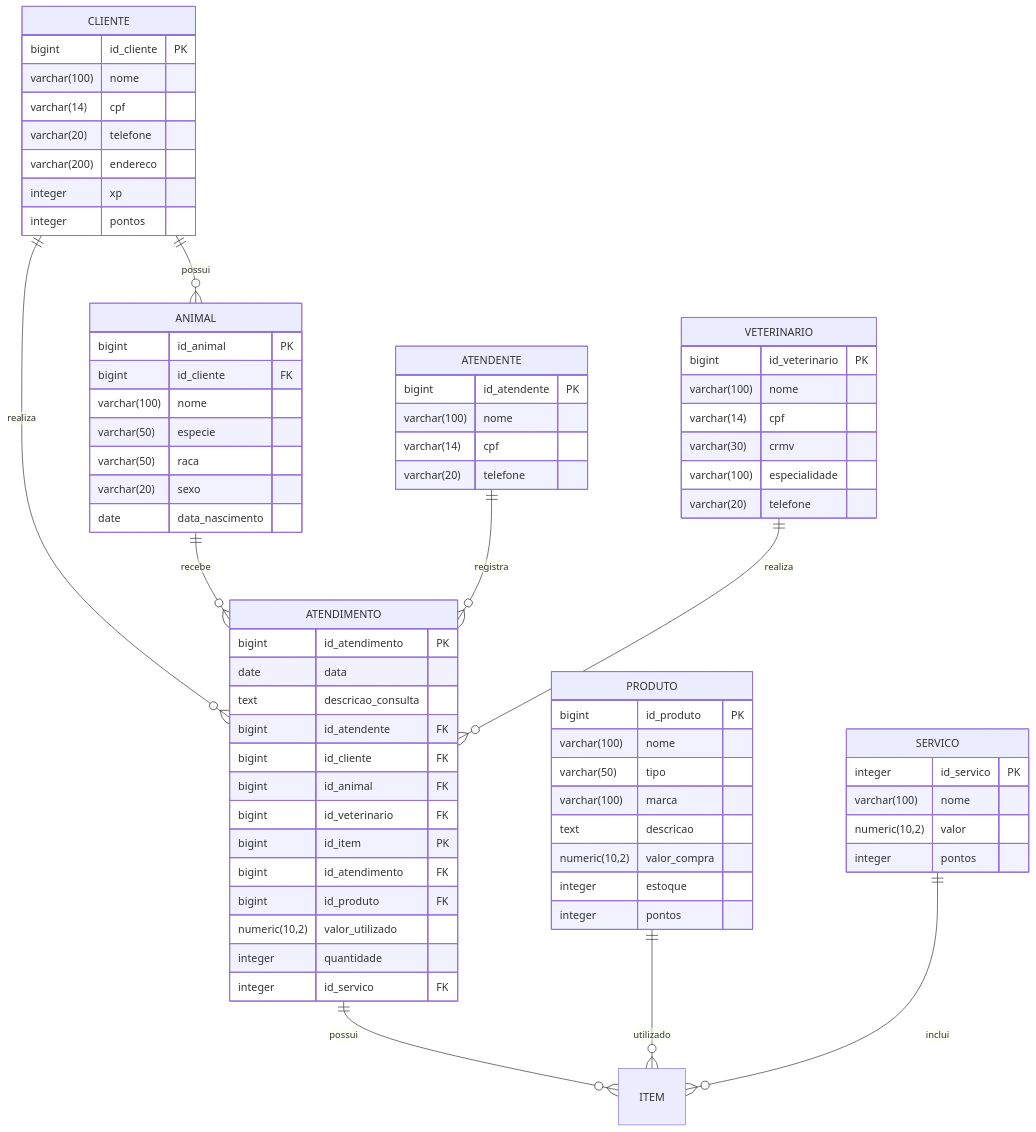
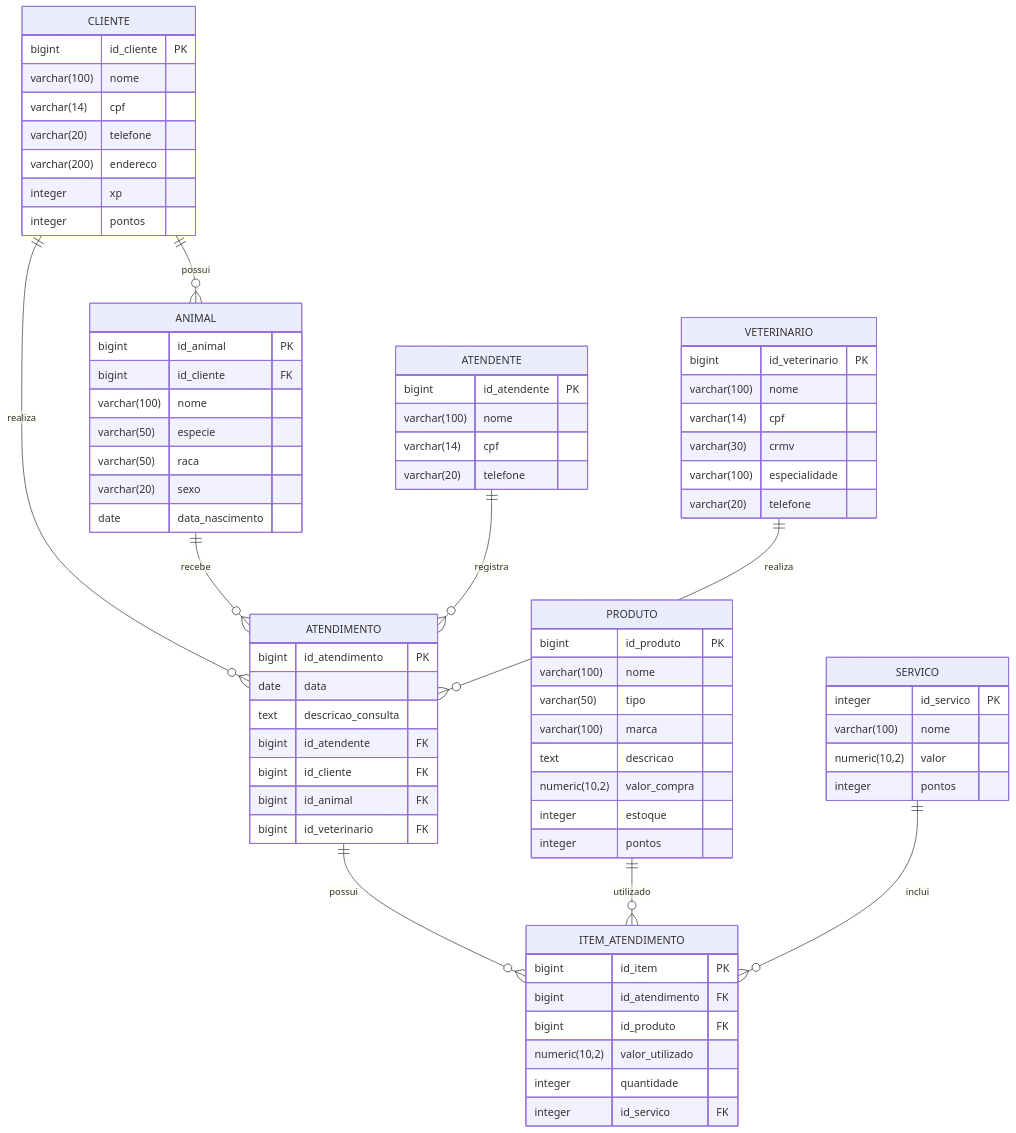
The diagram in README.md (Murilo-Siena/Clinica-Veterinaria-Grupo06), drawn with Mermaid before and after one commit.

Commit message:
Rename ITEM to ITEM_ATENDIMENTO in README

````diff
--- a/README.md
+++ b/README.md
@@ -94,7 +94,7 @@
         integer pontos
     }
 
-    ITEM ATENDIMENTO {
+    ITEM_ATENDIMENTO {
         bigint id_item PK
         bigint id_atendimento FK
         bigint id_produto FK
@@ -110,7 +110,7 @@
     ATENDENTE ||--o{ ATENDIMENTO : registra
     VETERINARIO ||--o{ ATENDIMENTO : realiza
 
-    ATENDIMENTO ||--o{ ITEM : possui
-    PRODUTO ||--o{ ITEM : utilizado
-    SERVICO ||--o{ ITEM : inclui
+    ATENDIMENTO ||--o{ ITEM_ATENDIMENTO : possui
+    PRODUTO ||--o{ ITEM_ATENDIMENTO : utilizado
+    SERVICO ||--o{ ITEM_ATENDIMENTO : inclui
 ```
````
